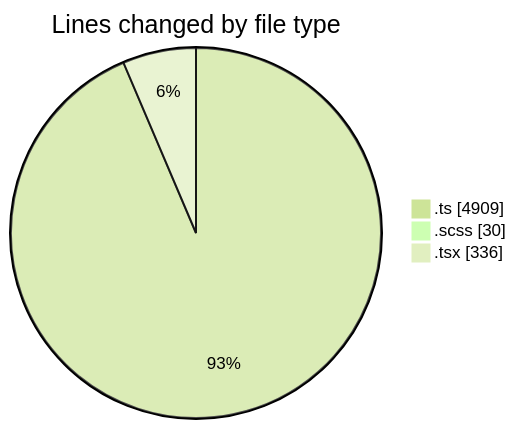
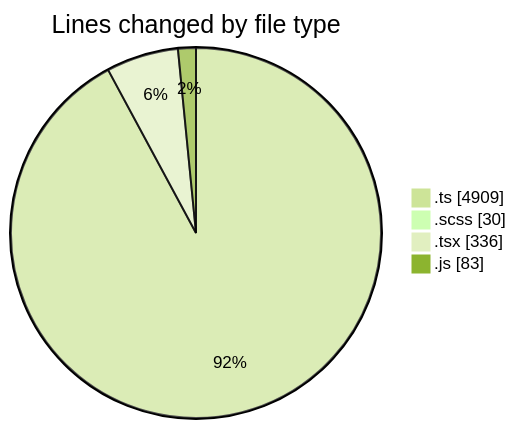
The first of 2 diagrams in 2025-09-12/cda/README.md (momahboobian/code-tracking), drawn with Mermaid (forest theme) before and after one commit. The commit also changed other lines of this file and 1 other file, not shown here.

````diff
--- a/2025-09-12/cda/README.md
+++ b/2025-09-12/cda/README.md
@@ -27,7 +28,8 @@
 ```mermaid
 pie showData
 title Lines changed by file type
 ".ts" : 4909
 ".scss" : 30
 ".tsx" : 336
+".js" : 83
 ```
````
